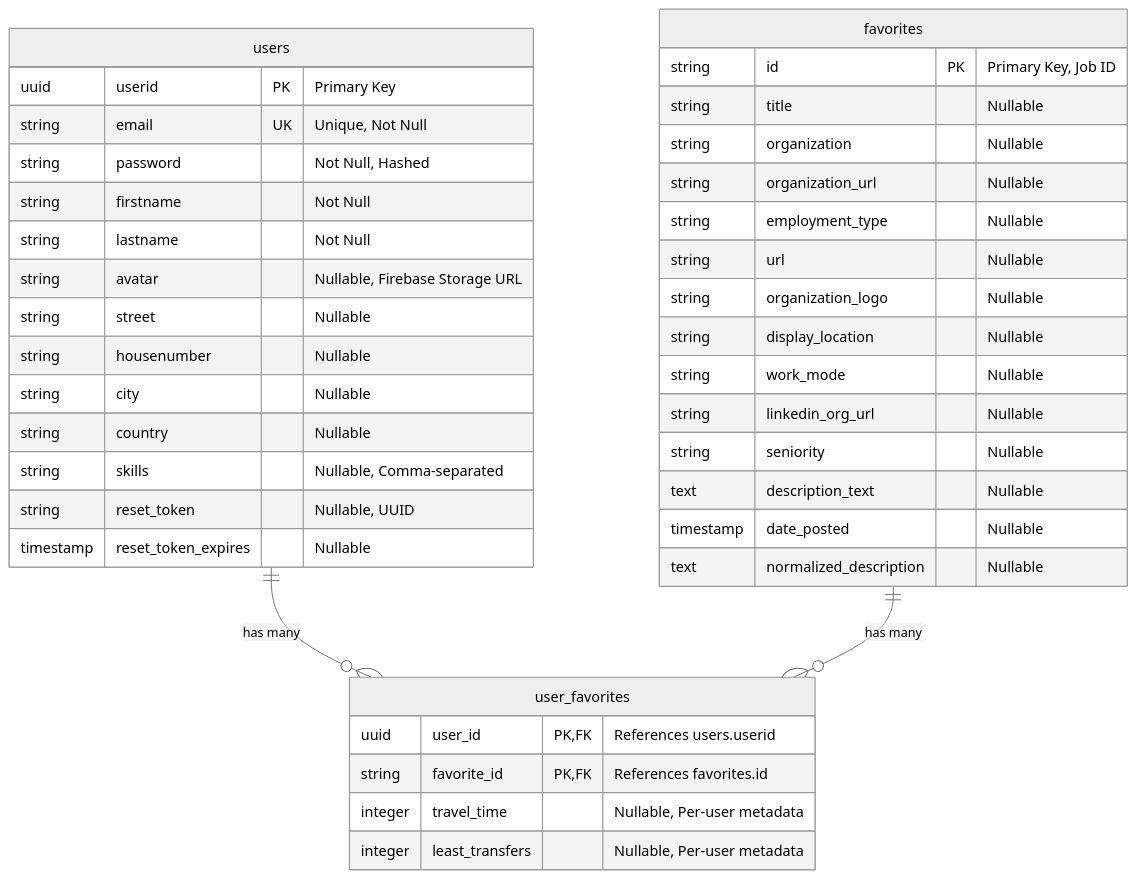
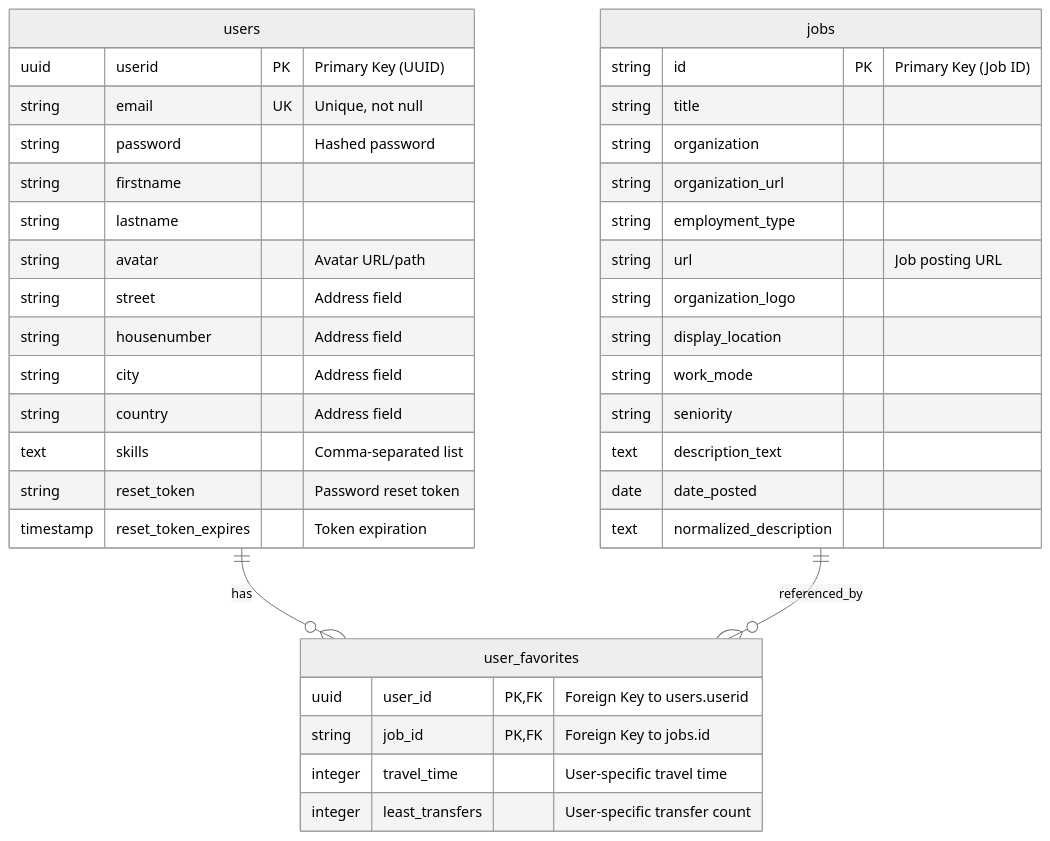
One commit to YahyaAl-Ademi/2025.10.23-JobCompass changed the diagram in documentation/ERD-cursor.md. Above: the diagram before and after it, drawn with Mermaid (neutral theme). The commit also changed other lines of this file and 3 other files, not shown here.

First line of the commit message:
Update ERD documentation to reflect schema changes for JobCompass

````diff
--- a/documentation/ERD-cursor.md
+++ b/documentation/ERD-cursor.md
@@ -9,45 +9,44 @@
 ```mermaid
 erDiagram
-    users ||--o{ user_favorites : "has many"
-    favorites ||--o{ user_favorites : "has many"
+    users ||--o{ user_favorites : "has"
+    jobs ||--o{ user_favorites : "referenced_by"
 
     users {
-        uuid userid PK "Primary Key"
-        string email UK "Unique, Not Null"
-        string password "Not Null, Hashed"
-        string firstname "Not Null"
-        string lastname "Not Null"
-        string avatar "Nullable, Firebase Storage URL"
-        string street "Nullable"
-        string housenumber "Nullable"
-        string city "Nullable"
-        string country "Nullable"
-        string skills "Nullable, Comma-separated"
-        string reset_token "Nullable, UUID"
-        timestamp reset_token_expires "Nullable"
+        uuid userid PK "Primary Key (UUID)"
+        string email UK "Unique, not null"
+        string password "Hashed password"
+        string firstname
+        string lastname
+        string avatar "Avatar URL/path"
+        string street "Address field"
+        string housenumber "Address field"
+        string city "Address field"
+        string country "Address field"
+        text skills "Comma-separated list"
+        string reset_token "Password reset token"
+        timestamp reset_token_expires "Token expiration"
     }
 
-    favorites {
-        string id PK "Primary Key, Job ID"
-        string title "Nullable"
-        string organization "Nullable"
-        string organization_url "Nullable"
-        string employment_type "Nullable"
-        string url "Nullable"
-        string organization_logo "Nullable"
-        string display_location "Nullable"
-        string work_mode "Nullable"
-        string linkedin_org_url "Nullable"
-        string seniority "Nullable"
-        text description_text "Nullable"
-        timestamp date_posted "Nullable"
-        text normalized_description "Nullable"
+    jobs {
+        string id PK "Primary Key (Job ID)"
+        string title
+        string organization
+        string organization_url
+        string employment_type
+        string url "Job posting URL"
+        string organization_logo
+        string display_location
+        string work_mode
+        string seniority
+        text description_text
+        date date_posted
+        text normalized_description
     }
 
     user_favorites {
-        uuid user_id PK,FK "References users.userid"
-        string favorite_id PK,FK "References favorites.id"
-        integer travel_time "Nullable, Per-user metadata"
-        integer least_transfers "Nullable, Per-user metadata"
+        uuid user_id PK,FK "Foreign Key to users.userid"
+        string job_id PK,FK "Foreign Key to jobs.id"
+        integer travel_time "User-specific travel time"
+        integer least_transfers "User-specific transfer count"
     }
 ```
````
